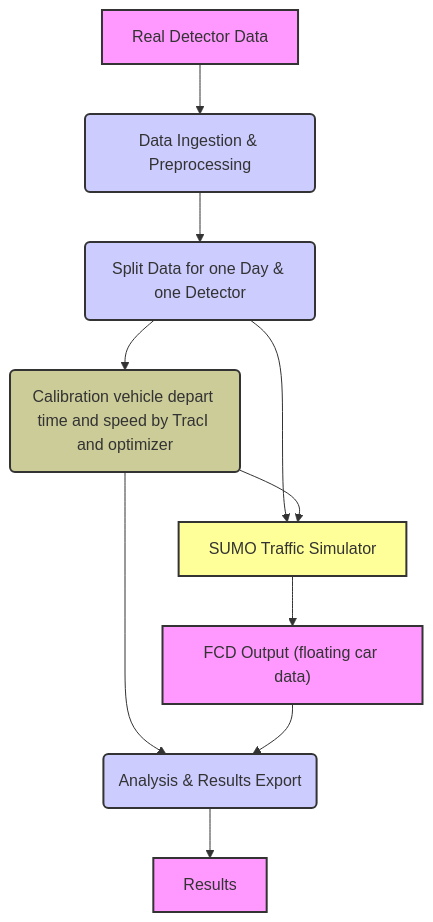
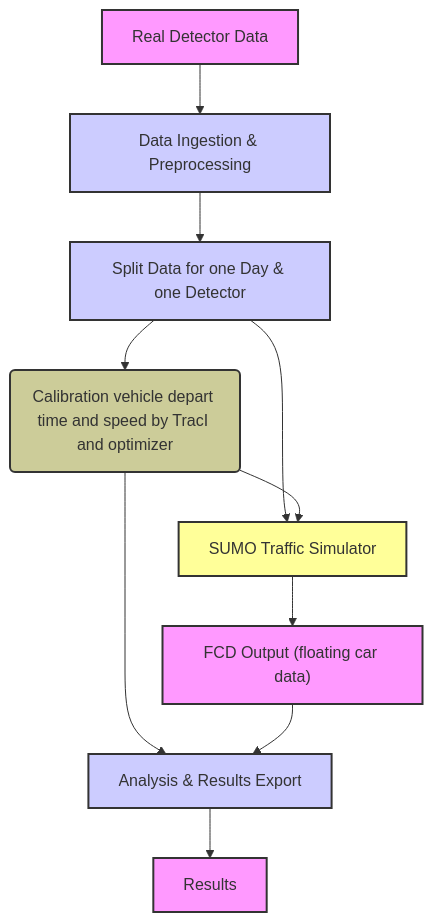
One commit to SiddharthVenkataraman/Hornsgatan changed the diagram in docs/Workflow.md. Above: the diagram before and after it, drawn with Mermaid.

````diff
--- a/docs/Workflow.md
+++ b/docs/Workflow.md
@@ -25,22 +25,22 @@
 ```mermaid
 graph TD
-    A[Real Detector Data] --> B("Data Ingestion & Preprocessing")
-    B --> C("Split Data for one Day & one Detector")
+    A[Real Detector Data] --> B["Data Ingestion & Preprocessing"]
+    B --> C["Split Data for one Day & one Detector"]
     C --> E(Calibration vehicle depart time and speed by TracI and optimizer)
     C --> F[SUMO Traffic Simulator]
     E --> F
     F --> G["FCD Output (floating car data)"]
-    E --> H(Analysis & Results Export)
+    E --> H["Analysis & Results Export"]
     G --> H
     H --> I[Results]
 
     %% Styling for clarity
     classDef data fill:#f9f,stroke:#333,stroke-width:2px;
     class A,G,I data
     classDef process fill:#ccf,stroke:#333,stroke-width:2px;
     class B,C,E,H process
     classDef tool fill:#ff9,stroke:#333,stroke-width:2px;
     class F tool
     classDef param fill:#cc9,stroke:#333,stroke-width:2px;
     class E param
 ``` 
````
